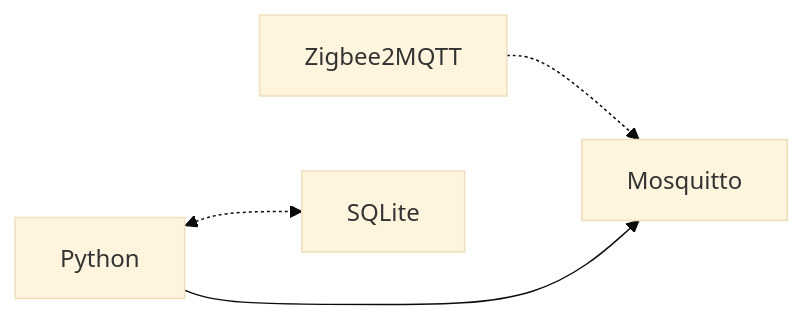
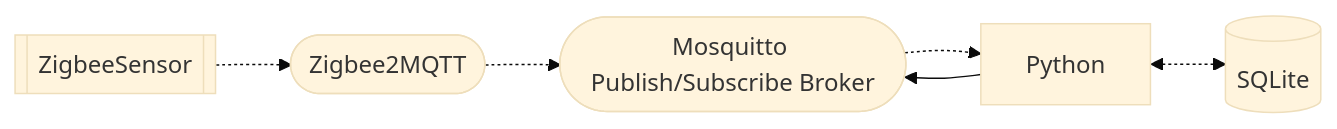
The diagram in zigbee/controller-sensor-window-door/README.md (cherkavi/solutions), drawn with Mermaid (base theme) before and after one commit. The commit also changed other lines of this file and 3 other files, not shown here.

````diff
--- a/zigbee/controller-sensor-window-door/README.md
+++ b/zigbee/controller-sensor-window-door/README.md
@@ -4,7 +4,8 @@
 ```mermaid
 flowchart LR
 
-Zigbee2MQTT -.-> Mosquitto 
-Python ---> Mosquitto
-Python <-.-> SQLite
+ZS[["ZigbeeSensor"]] -.-> ZM(["Zigbee2MQTT"])
+ZM -.-> M(["Mosquitto Publish/Subscribe Broker"]) -.-> P["Python"]
+P --> M
+P <-.-> SQLite[(SQLite)]
 ```
````
